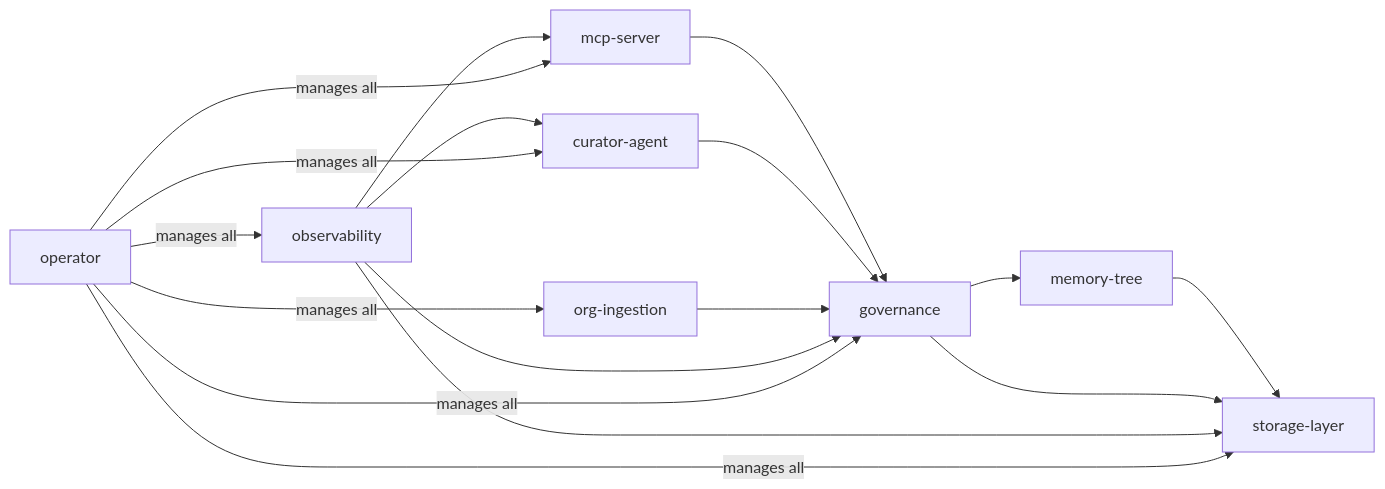
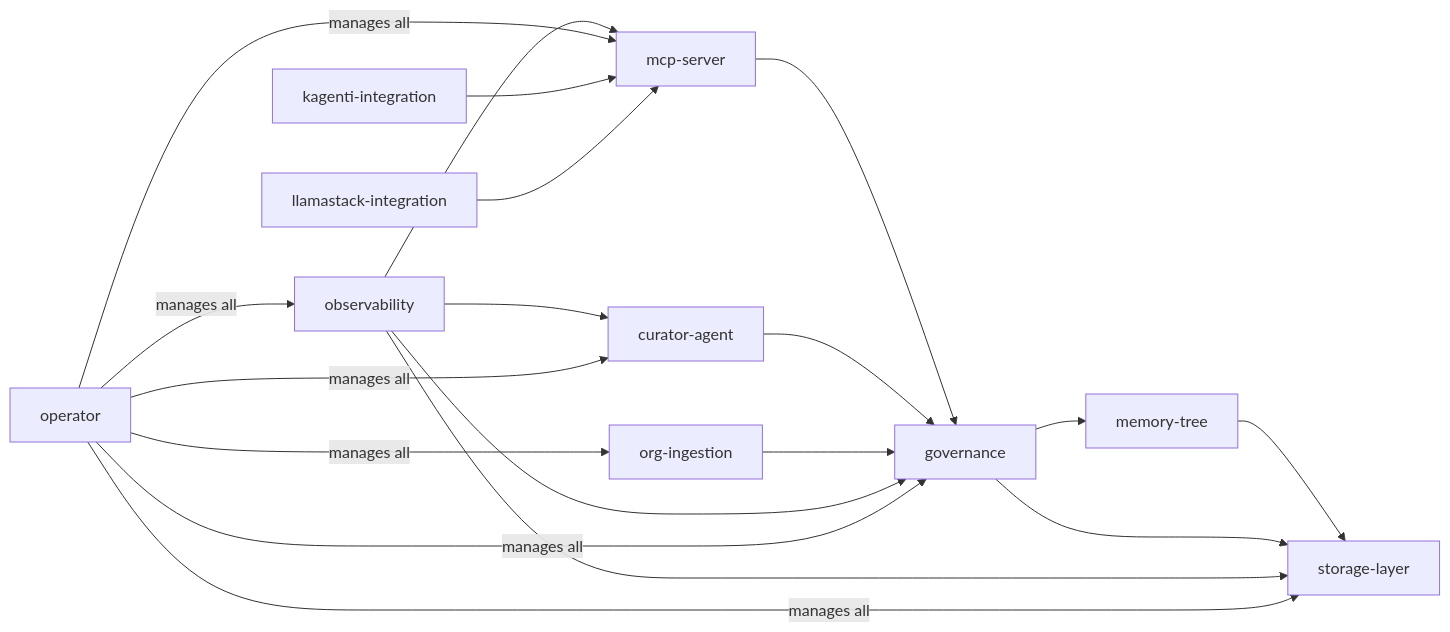
One commit to redhat-ai-americas/memory-hub changed the diagram in docs/SYSTEMS.md. Above: the diagram before and after it, drawn with Mermaid. The commit also changed other lines of this file and 5 other files, not shown here.

````diff
--- a/docs/SYSTEMS.md
+++ b/docs/SYSTEMS.md
@@ -30,11 +32,13 @@
 ```mermaid
 graph LR
     MT[memory-tree] --> SL[storage-layer]
     MCP[mcp-server] --> GOV[governance]
     GOV --> MT
     GOV --> SL
     CUR[curator-agent] --> GOV
     ING[org-ingestion] --> GOV
     OBS[observability] --> MCP & GOV & CUR & SL
     OP[operator] -->|manages all| MCP & GOV & CUR & SL & ING & OBS
+    KAG[kagenti-integration] --> MCP
+    LS[llamastack-integration] --> MCP
 ```
````
